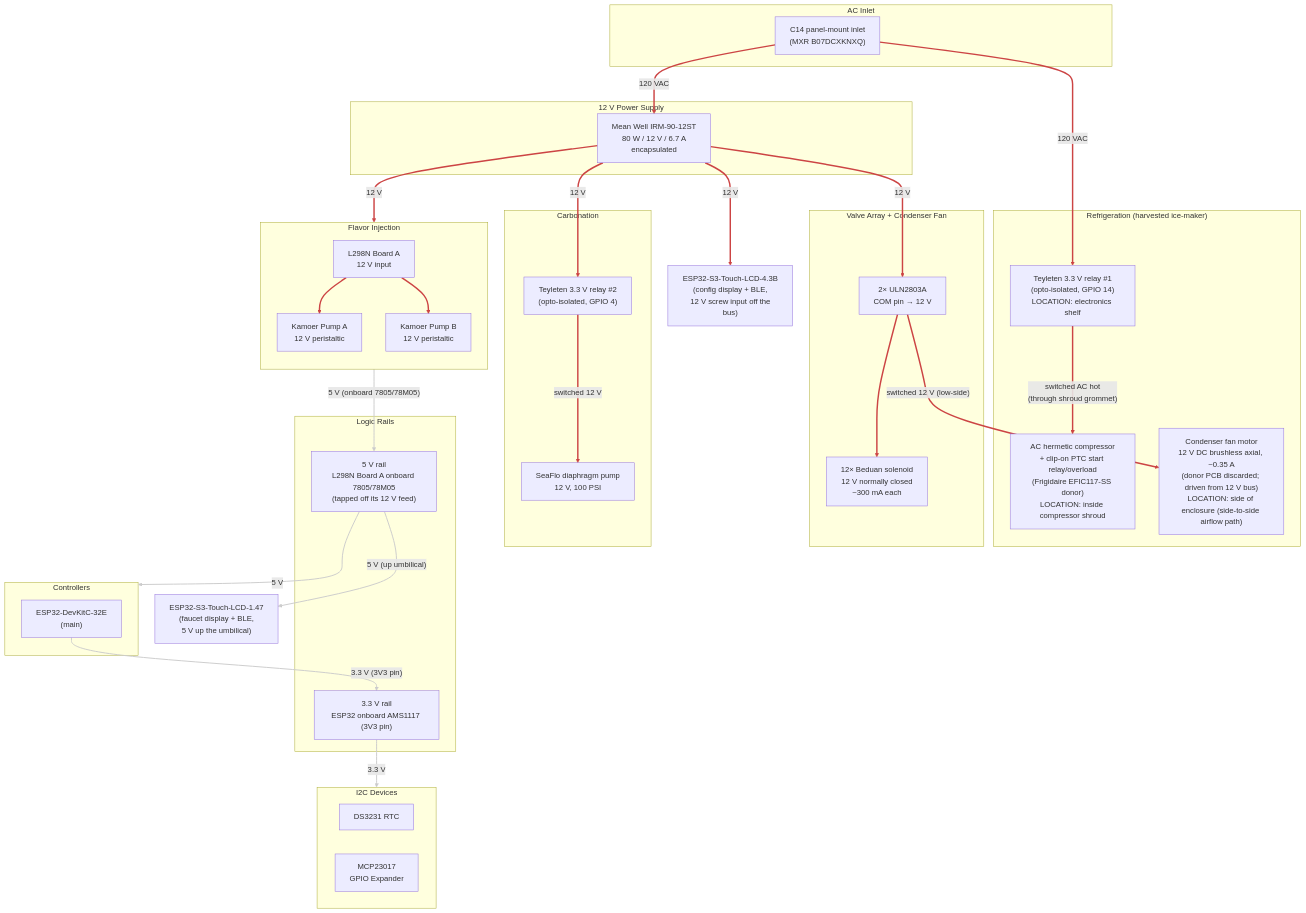
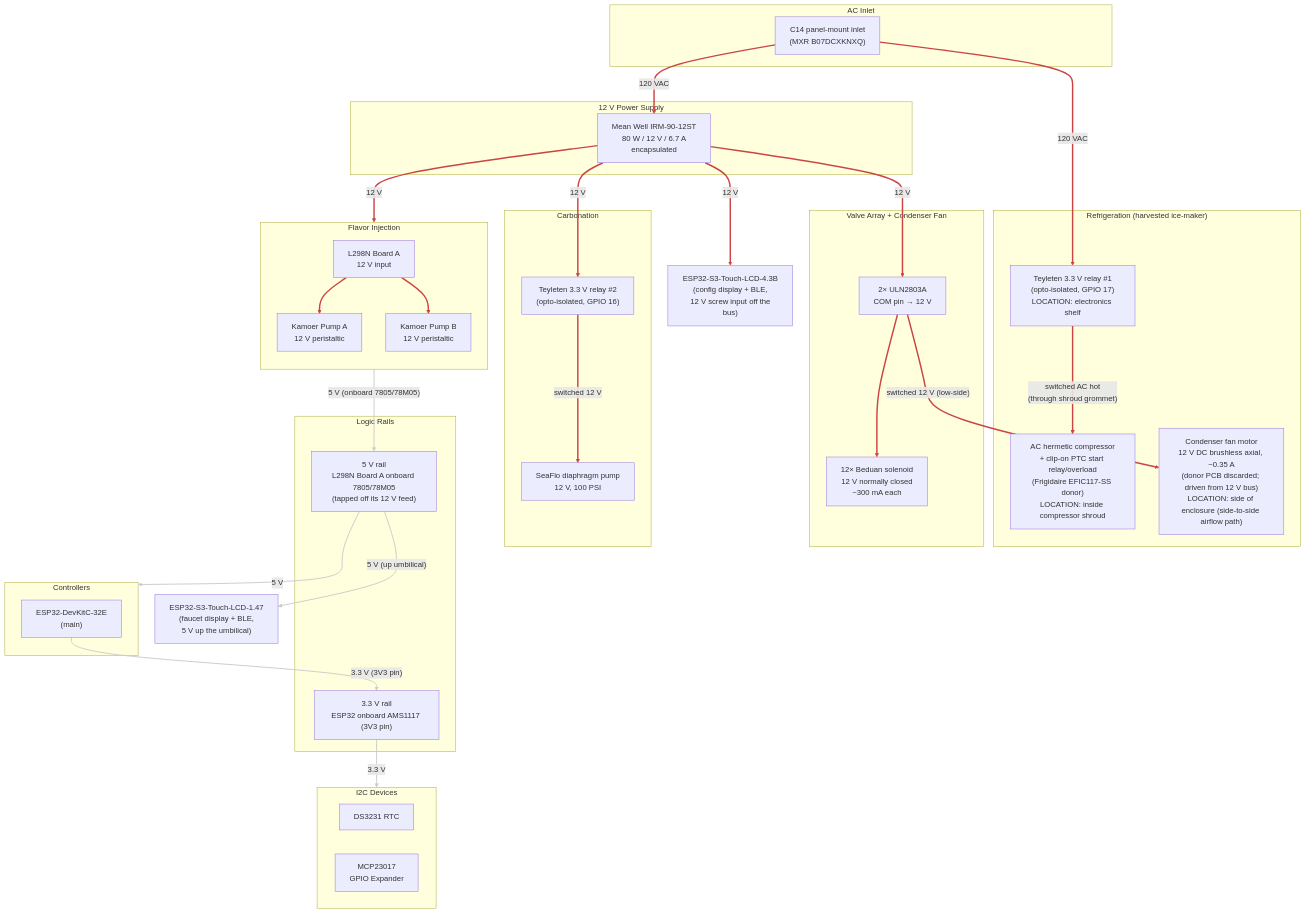
The diagram in hardware/wiring/power.mmd (derekbreden/homesodamachine), drawn with Mermaid before and after one commit. The commit also changed 10 other files, not shown here.

First line of the commit message:
hardware: re-cluster the ESP32 GPIO map for minimal wiring crossings

```diff
--- a/hardware/wiring/power.mmd
+++ b/hardware/wiring/power.mmd
@@ -1,137 +1,137 @@
 flowchart TD
 
   %% Power Distribution (current plan).
   %% 120 VAC mains in via C14 inlet; Mean Well 12 V PSU supplies the
   %% 12 V bus for everything except the compressor itself, which runs
-  %% on switched mains via Teyleten relay #1 (ESP32 GPIO 14). The 12 V
-  %% diaphragm pump is gated by Teyleten relay #2 (ESP32 GPIO 4) so
+  %% on switched mains via Teyleten relay #1 (ESP32 GPIO 17). The 12 V
+  %% diaphragm pump is gated by Teyleten relay #2 (ESP32 GPIO 16) so
   %% firmware can keep refill off during an active dispense.
   %% The 5 V logic rail is the L298N Board A onboard 7805/78M05, made
   %% from the 12 V at its VS input; it powers the base ESP32, the relay
   %% VCC, and the faucet display (5 V up the umbilical). The ESP32's
   %% onboard AMS1117 supplies 3.3 V on its 3V3
   %% pin to the I2C devices.
   %% Physical placement:
   %% - The C14 inlet, AC distribution, PSU, both Teyleten relays, the
   %%   ESP32, MCP23017, ULN2803A pair, and L298N all sit on a single
   %%   electronics shelf at the top-back of the enclosure, behind the
   %%   rear-panel C14 inlet.
   %% - The compressor sits middle-bottom inside a fire-rated metal
   %%   shroud (because the appliance is going into kitchens used by
   %%   friends, family, and customers the founder knows by name, and
   %%   safe handling of the R-600a charge is what UL 60335-2-89
   %%   actually requires); its clip-on PTC start relay + overload
   %%   module is co-located with the compressor body inside the shroud.
   %% - Teyleten relay #1 stays on the SHELF, OUTSIDE the shroud.
   %%   Only switched AC enters the shroud (one wire bundle through one
   %%   grommet: switched H + N + chassis G). This avoids placing an
   %%   arcing contact inside the protected hydrocarbon-refrigerant
   %%   compartment.
   %% - The condenser fan motor is on the side of the enclosure
   %%   (the side-to-side intake → condenser → exhaust airflow path)
   %%   and is OUTSIDE the shroud. It is a 12 V DC brushless axial
   %%   fan: the donor ice maker's own PCB regulated mains to 12 V
   %%   to drive it (factory wiring was never AC on the fan itself),
   %%   so on harvest we discard the donor PCB and drive the fan
   %%   from our own 12 V bus. Low-side switched via one channel of
   %%   ULN2803A #2 driven from MCP23017 0x21 PA4 — same pattern as
   %%   the solenoid valves. Firmware turns it on/off in lockstep
   %%   with the compressor.
   %% See `ac-wiring-schedule.md` for run-by-run gauges + lengths and
   %% `../cut-parts/compressor-shroud/` for the shroud part.
 
   subgraph AC_Inlet["AC Inlet"]
     C14["C14 panel-mount inlet\n(MXR B07DCXKNXQ)"]
   end
 
   subgraph Supply["12 V Power Supply"]
     PSU["Mean Well IRM-90-12ST\n80 W / 12 V / 6.7 A\nencapsulated"]
   end
 
   subgraph Refrigeration["Refrigeration  (harvested ice-maker)"]
-    RELAY["Teyleten 3.3 V relay #1\n(opto-isolated, GPIO 14)\nLOCATION: electronics shelf"]
+    RELAY["Teyleten 3.3 V relay #1\n(opto-isolated, GPIO 17)\nLOCATION: electronics shelf"]
     COMP_AC["AC hermetic compressor\n+ clip-on PTC start relay/overload\n(Frigidaire EFIC117-SS donor)\nLOCATION: inside compressor shroud"]
     COND_FAN["Condenser fan motor\n12 V DC brushless axial, ~0.35 A\n(donor PCB discarded; driven from 12 V bus)\nLOCATION: side of enclosure (side-to-side airflow path)"]
     RELAY ==>|"switched AC hot\n(through shroud grommet)"| COMP_AC
   end
 
   subgraph Valve_Power["Valve Array + Condenser Fan"]
     ULN["2× ULN2803A\nCOM pin → 12 V"]
     VALVES["12× Beduan solenoid\n12 V normally closed\n~300 mA each"]
     ULN ==> VALVES
   end
 
   subgraph Carbonation["Carbonation"]
-    DIA_RELAY["Teyleten 3.3 V relay #2\n(opto-isolated, GPIO 4)"]
+    DIA_RELAY["Teyleten 3.3 V relay #2\n(opto-isolated, GPIO 16)"]
     DIA_PUMP["SeaFlo diaphragm pump\n12 V, 100 PSI"]
     DIA_RELAY ==>|"switched 12 V"| DIA_PUMP
   end
 
   subgraph Regulation["Logic Rails"]
     REG_5V["5 V rail\nL298N Board A onboard 7805/78M05\n(tapped off its 12 V feed)"]
     REG_3V3["3.3 V rail\nESP32 onboard AMS1117 (3V3 pin)"]
   end
 
   subgraph Flavor["Flavor Injection"]
     direction TB
     L298["L298N Board A\n12 V input"]
     PUMP_A["Kamoer Pump A\n12 V peristaltic"]
     PUMP_B["Kamoer Pump B\n12 V peristaltic"]
     L298 ==> PUMP_A
     L298 ==> PUMP_B
   end
 
   %% Condenser fan rides the same low-side switching pattern as the
   %% solenoid valves: one ULN2803A #2 channel (driven from MCP23017
   %% 0x21 PA4) sinks the fan's return when commanded. Crossing the
   %% subgraph boundary is intentional — the fan is semantically part
   %% of Refrigeration, but its switching topology is the valve pattern.
   ULN ==>|"switched 12 V (low-side)"| COND_FAN
 
   subgraph MCUs["Controllers"]
     ESP32["ESP32-DevKitC-32E\n(main)"]
   end
 
   CFG["ESP32-S3-Touch-LCD-4.3B\n(config display + BLE,\n 12 V screw input off the bus)"]
 
   FAUCET["ESP32-S3-Touch-LCD-1.47\n(faucet display + BLE,\n 5 V up the umbilical)"]
 
   subgraph I2C_Devices["I2C Devices"]
     RTC["DS3231 RTC"]
     MCP["MCP23017\nGPIO Expander"]
   end
 
   %% AC distribution (hot leg)
   C14 ==>|"120 VAC"| RELAY
   C14 ==>|"120 VAC"| PSU
 
   %% 12 V distribution
   PSU ==>|"12 V"| DIA_RELAY
   PSU ==>|"12 V"| L298
   PSU ==>|"12 V"| ULN
   PSU ==>|"12 V"| CFG
 
   %% Logic rails (derived on-board, not dedicated parts)
   L298 -->|"5 V (onboard 7805/78M05)"| REG_5V
   REG_5V -->|"5 V"| MCUs
   REG_5V -->|"5 V (up umbilical)"| FAUCET
   ESP32 -->|"3.3 V (3V3 pin)"| REG_3V3
   REG_3V3 -->|"3.3 V"| I2C_Devices
 
   %% Power paths (red, thick).
   %% 0    = relay #1 -> compressor (switched AC, through shroud)
   %% 1    = Teyleten relay #2 -> diaphragm pump (switched 12 V)
   %% 2-3  = L298 -> peristaltic pumps
   %% 4    = ULN2803A -> solenoid valves
   %% 5    = ULN2803A -> condenser fan (switched 12 V, low-side)
   %% 6-7  = C14 -> relay #1, C14 -> PSU (AC mains)
   %% 8-10 = PSU 12 V trunk to diaphragm relay, L298N, ULN2803A
   %% 11   = PSU 12 V -> 4.3B config display
   linkStyle 0,1,2,3,4,5,6,7,8,9,10,11 stroke:#c44,stroke-width:3px
   %% Logic rails (5 V, 3.3 V), derived on-board: white workhorse.
   %% 12 = L298N onboard reg -> 5 V rail
   %% 13 = 5 V rail -> base ESP32
   %% 14 = 5 V rail -> faucet display (up umbilical)
   %% 15 = ESP32 onboard AMS1117 (3V3 pin) -> 3.3 V rail
   %% 16 = 3.3 V rail -> I2C devices
   linkStyle 12,13,14,15,16 stroke:#ccc,stroke-width:2px
```
